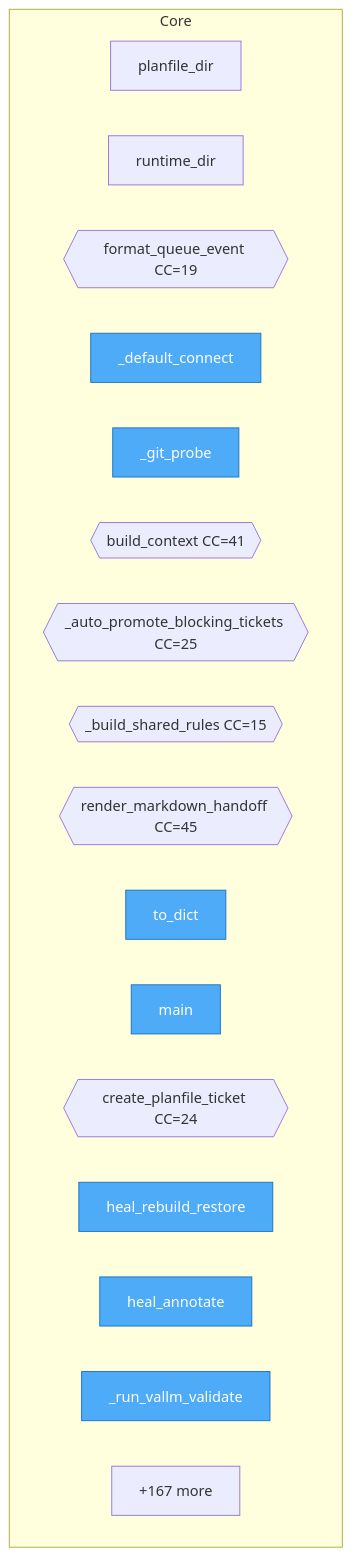
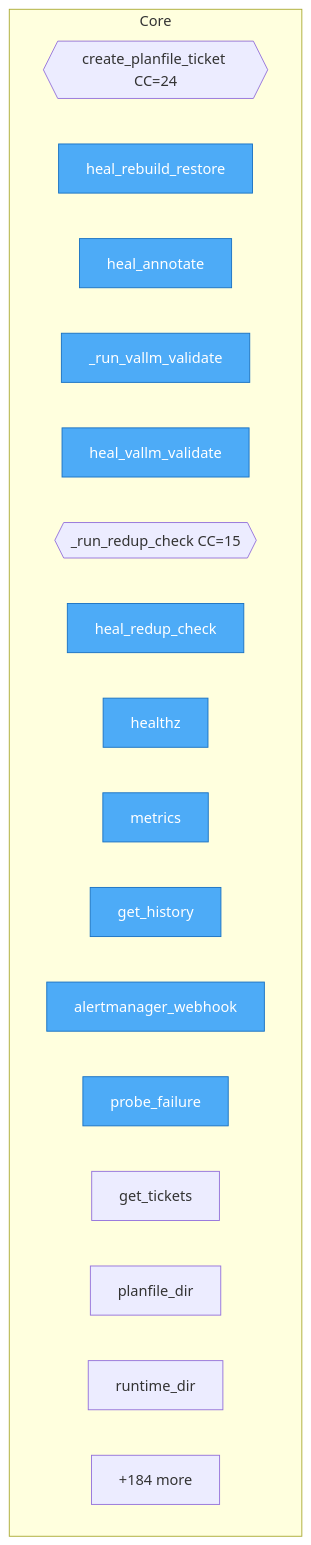
Before and after one commit to semcod/koru: the diagram in project/flow.mmd, drawn with Mermaid. The commit also changed 44 other files, not shown here.

```diff
--- a/project/flow.mmd
+++ b/project/flow.mmd
@@ -1,26 +1,26 @@
 flowchart TD
 %% generated in 0.01s
 
     %% Entry points (blue)
     classDef entry fill:#4dabf7,stroke:#1971c2,color:#fff
 
     subgraph Core
-        src__koru__runtime__planfile_dir["planfile_dir"]
-        src__koru__runtime__runtime_dir["runtime_dir"]
-        src__koru__watch__format_queue_event{{format_queue_event CC=19}}
-        src__koru__watch___default_connect["_default_connect"]
-        src__koru__context___git_probe["_git_probe"]
-        src__koru__context__build_context{{build_context CC=41}}
-        src__koru__context___auto_promote_blocking_tickets{{_auto_promote_blocking_tickets CC=25}}
-        src__koru__context___build_shared_rules{{_build_shared_rules CC=15}}
-        src__koru__context__render_markdown_handoff{{render_markdown_handoff CC=45}}
-        src__koru__semcod_tools__SemcodTool__to_dict["to_dict"]
-        src__koru__events__main["main"]
         services__healing_webhook__app__create_planfile_ticket{{create_planfile_ticket CC=24}}
         services__healing_webhook__app__heal_rebuild_restore["heal_rebuild_restore"]
         services__healing_webhook__app__heal_annotate["heal_annotate"]
         services__healing_webhook__app___run_vallm_validate["_run_vallm_validate"]
-        ...["+167 more"]
+        services__healing_webhook__app__heal_vallm_validate["heal_vallm_validate"]
+        services__healing_webhook__app___run_redup_check{{_run_redup_check CC=15}}
+        services__healing_webhook__app__heal_redup_check["heal_redup_check"]
+        services__healing_webhook__app__healthz["healthz"]
+        services__healing_webhook__app__metrics["metrics"]
+        services__healing_webhook__app__get_history["get_history"]
+        services__healing_webhook__app__alertmanager_webhook["alertmanager_webhook"]
+        services__healing_webhook__app__probe_failure["probe_failure"]
+        services__healing_webhook__app__get_tickets["get_tickets"]
+        src__koru__runtime__planfile_dir["planfile_dir"]
+        src__koru__runtime__runtime_dir["runtime_dir"]
+        ...["+184 more"]
     end
 
-    class src__koru__watch___default_connect,src__koru__context___git_probe,src__koru__semcod_tools__SemcodTool__to_dict,src__koru__events__main,services__healing_webhook__app__heal_rebuild_restore,services__healing_webhook__app__heal_annotate,services__healing_webhook__app___run_vallm_validate,services__healing_webhook__app__heal_vallm_validate,services__healing_webhook__app__heal_redup_check,services__healing_webhook__app__healthz entry
+    class services__healing_webhook__app__heal_rebuild_restore,services__healing_webhook__app__heal_annotate,services__healing_webhook__app___run_vallm_validate,services__healing_webhook__app__heal_vallm_validate,services__healing_webhook__app__heal_redup_check,services__healing_webhook__app__healthz,services__healing_webhook__app__metrics,services__healing_webhook__app__get_history,services__healing_webhook__app__alertmanager_webhook,services__healing_webhook__app__probe_failure entry
```
